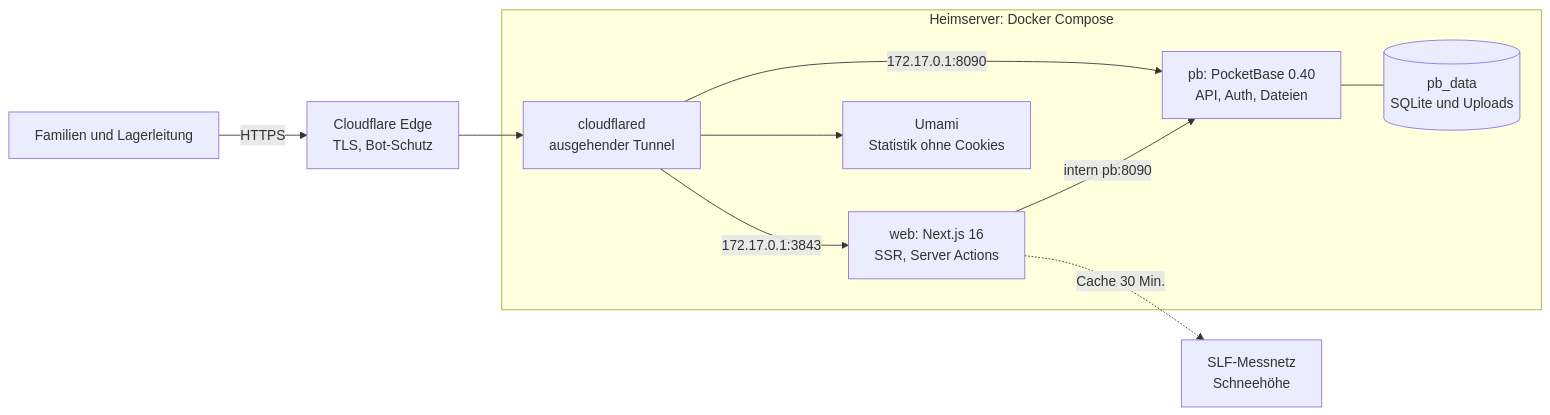
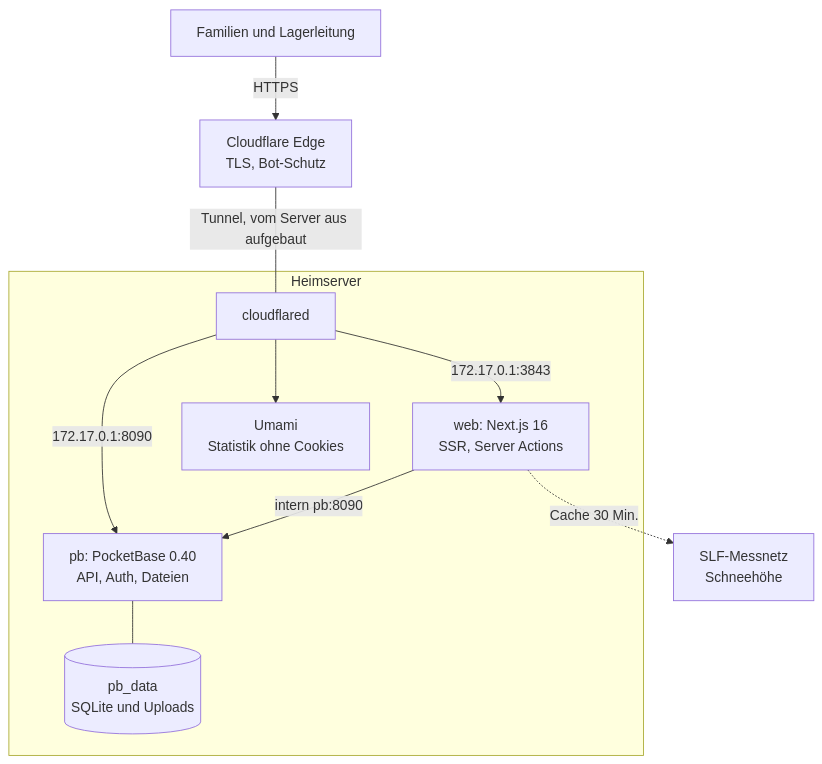
The first of 2 diagrams in README.md (marcstae/fitundfun-webseite), drawn with Mermaid before and after one commit. The commit also changed other lines of this file, not shown here.

Commit message:
docs: Architekturdiagramm von oben nach unten, Hinweis im Deploy-Abschnitt
- Diagramm war auf GitHub zu breit (winzige Schrift, SLF hinter den Zoom-Knöpfen);
  cloudflared steht jetzt richtig auf dem Heimserver
- Hinweisboxen rendert GitHub in <details> nicht: dort normaler Hinweis

````diff
--- a/README.md
+++ b/README.md
@@ -42,13 +42,14 @@
 ```mermaid
-flowchart LR
+flowchart TB
   U["Familien und Lagerleitung"] -->|HTTPS| CF["Cloudflare Edge<br/>TLS, Bot-Schutz"]
-  CF --> T["cloudflared<br/>ausgehender Tunnel"]
-  subgraph H["Heimserver: Docker Compose"]
+  CF ---|"Tunnel, vom Server aus aufgebaut"| T
+  subgraph H["Heimserver"]
+    T["cloudflared"]
     T -->|"172.17.0.1:3843"| W["web: Next.js 16<br/>SSR, Server Actions"]
     T -->|"172.17.0.1:8090"| P["pb: PocketBase 0.40<br/>API, Auth, Dateien"]
+    T --> M["Umami<br/>Statistik ohne Cookies"]
     W -->|"intern pb:8090"| P
     P --- D[("pb_data<br/>SQLite und Uploads")]
-    T --> M["Umami<br/>Statistik ohne Cookies"]
   end
   W -.->|"Cache 30 Min."| S["SLF-Messnetz<br/>Schneehöhe"]
 ```
````
